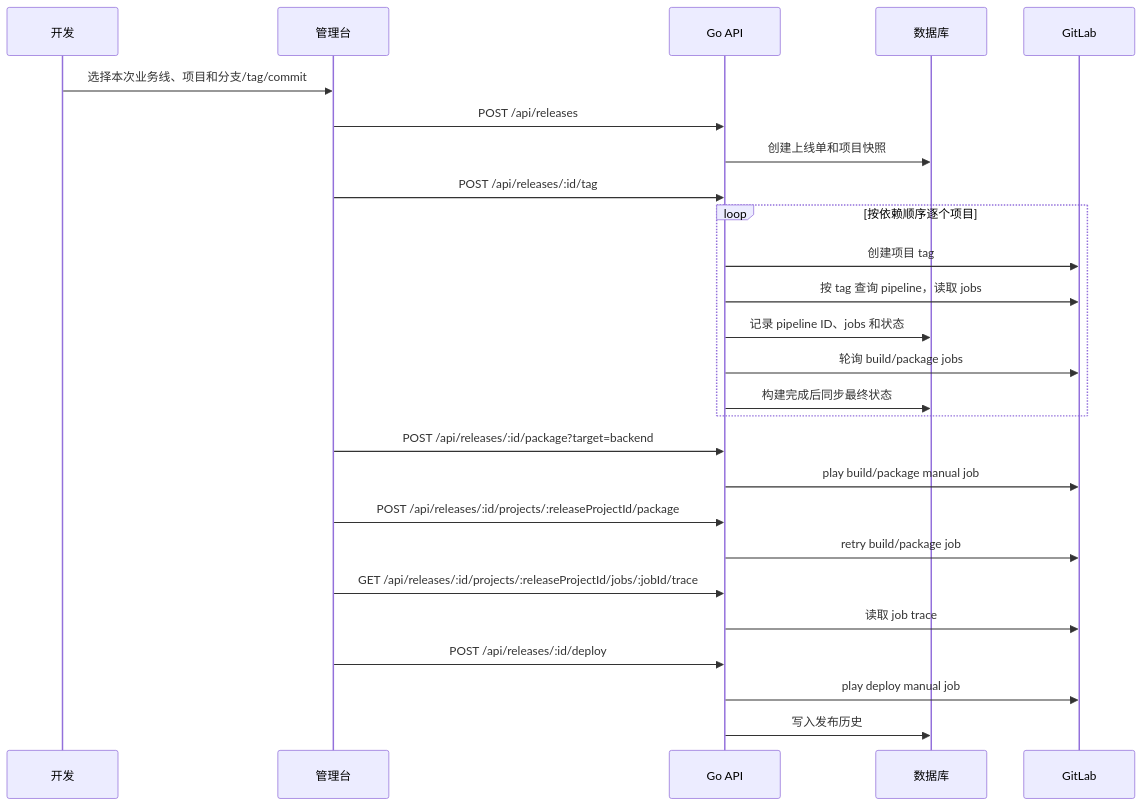
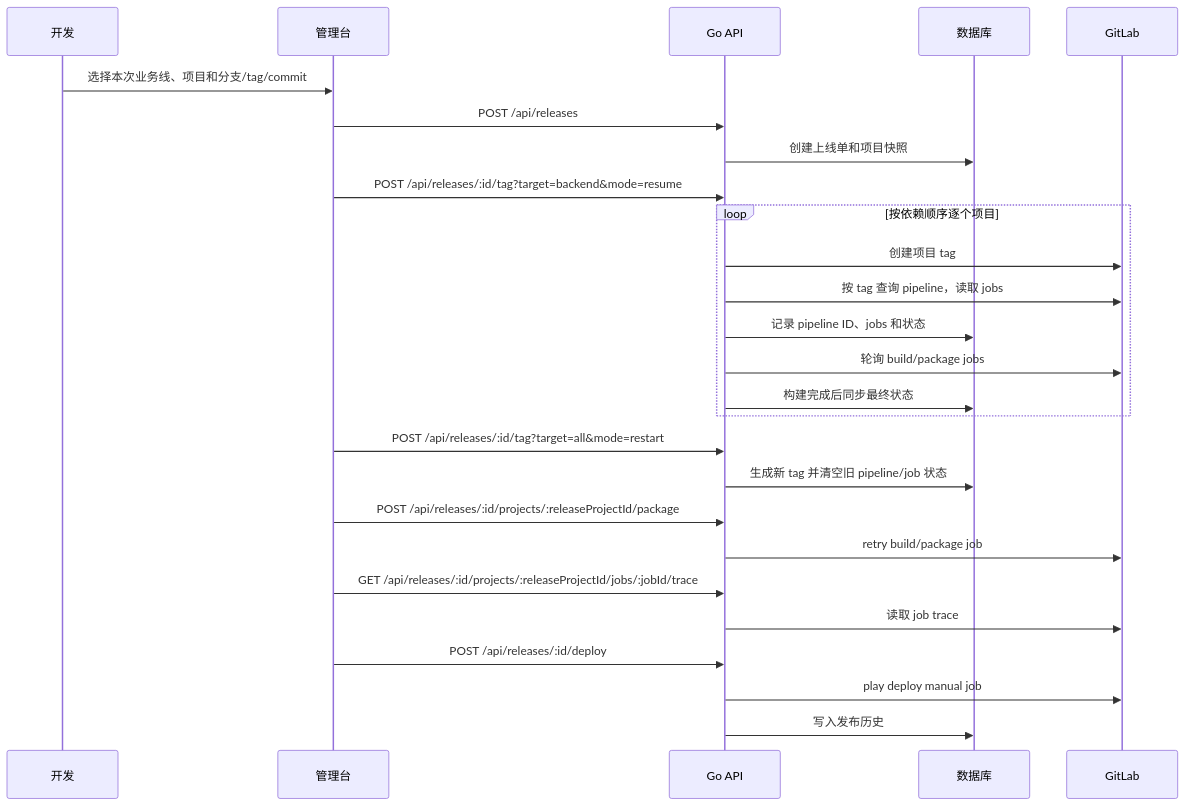
One commit to jktest709-arch/delivery-platform changed the second of 2 diagrams in docs/architecture.md. Above: the diagram before and after it, drawn with Mermaid. The commit also changed other lines of this file and 8 other files, not shown here.

````diff
--- a/docs/architecture.md
+++ b/docs/architecture.md
@@ -38,29 +38,29 @@
 ```mermaid
 sequenceDiagram
   participant Dev as 开发
   participant Web as 管理台
   participant API as Go API
   participant DB as 数据库
   participant GL as GitLab
 
   Dev->>Web: 选择本次业务线、项目和分支/tag/commit
   Web->>API: POST /api/releases
   API->>DB: 创建上线单和项目快照
-  Web->>API: POST /api/releases/:id/tag
+  Web->>API: POST /api/releases/:id/tag?target=backend&mode=resume
   loop 按依赖顺序逐个项目
     API->>GL: 创建项目 tag
     API->>GL: 按 tag 查询 pipeline，读取 jobs
     API->>DB: 记录 pipeline ID、jobs 和状态
     API->>GL: 轮询 build/package jobs
     API->>DB: 构建完成后同步最终状态
   end
-  Web->>API: POST /api/releases/:id/package?target=backend
-  API->>GL: play build/package manual job
+  Web->>API: POST /api/releases/:id/tag?target=all&mode=restart
+  API->>DB: 生成新 tag 并清空旧 pipeline/job 状态
   Web->>API: POST /api/releases/:id/projects/:releaseProjectId/package
   API->>GL: retry build/package job
   Web->>API: GET /api/releases/:id/projects/:releaseProjectId/jobs/:jobId/trace
   API->>GL: 读取 job trace
   Web->>API: POST /api/releases/:id/deploy
   API->>GL: play deploy manual job
   API->>DB: 写入发布历史
 ```
````
